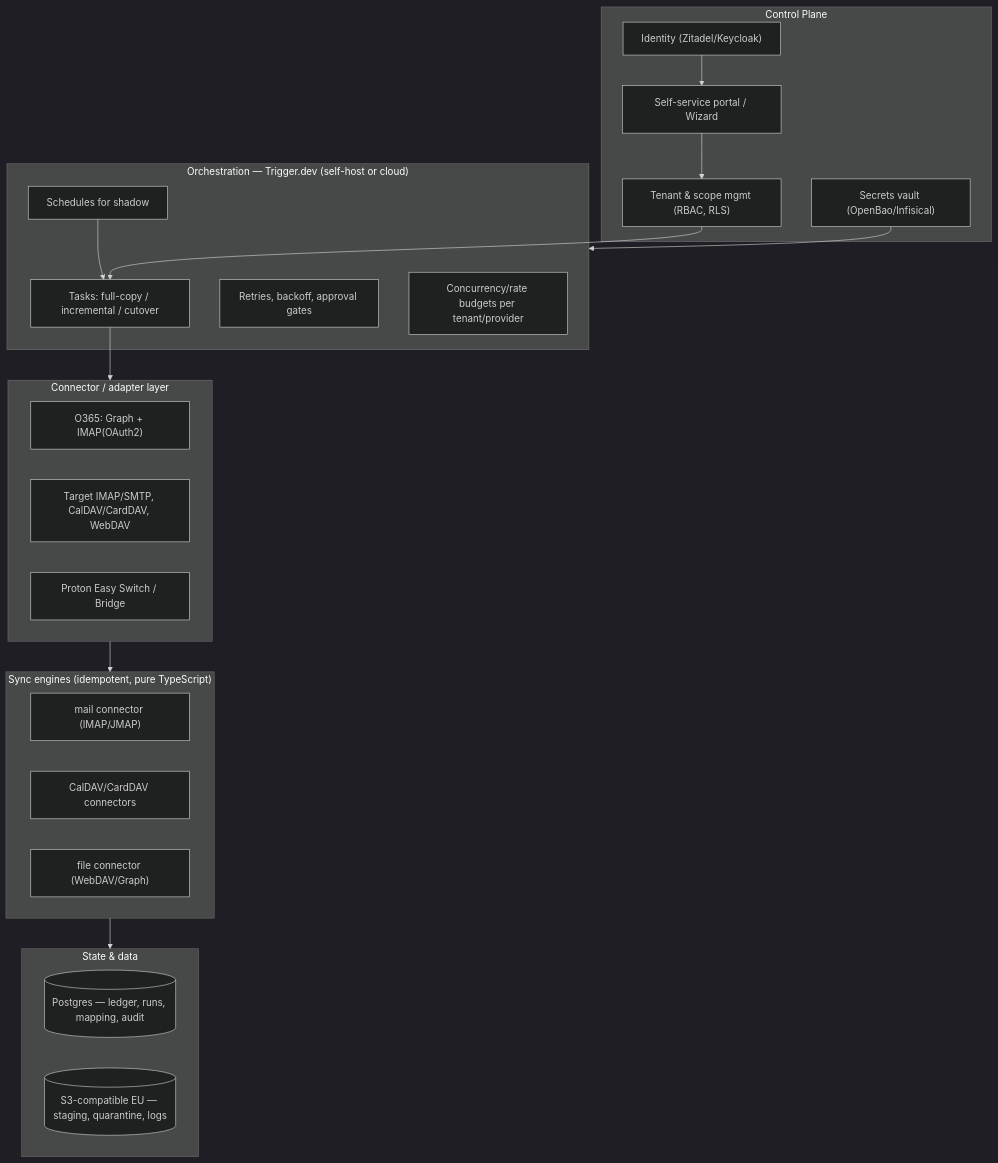
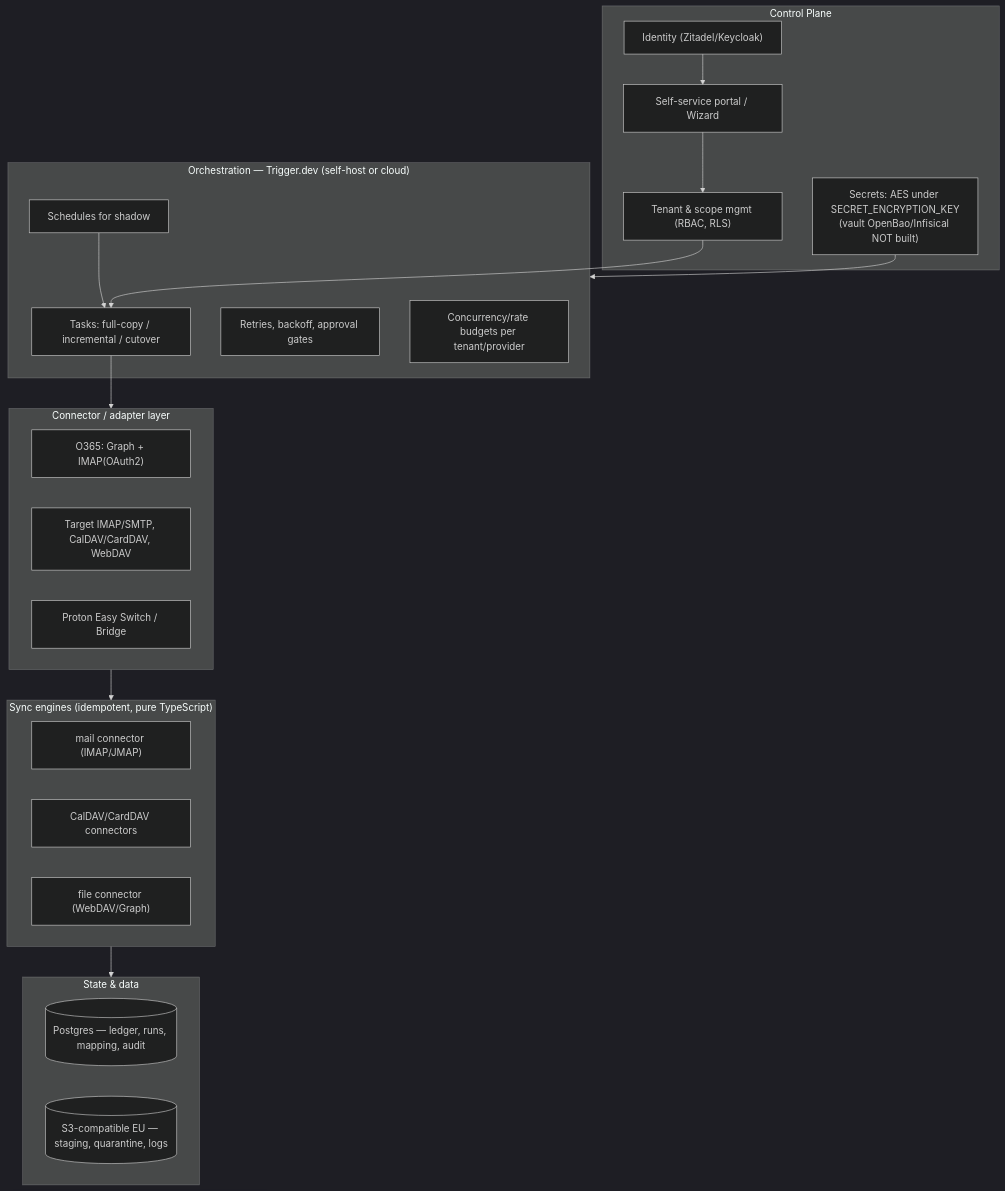
The first of 2 diagrams in docs/architecture/solution-architecture.md (Robbes/Ownpace), drawn with Mermaid (dark theme) before and after one commit. The commit also changed other lines of this file and 4 other files, not shown here.

````diff
--- a/docs/architecture/solution-architecture.md
+++ b/docs/architecture/solution-architecture.md
@@ -113,34 +113,34 @@
 ```mermaid
 flowchart TB
   subgraph CP["Control Plane"]
     PORTAL["Self-service portal / Wizard"]
     IDP["Identity (Zitadel/Keycloak)"]
     TENANT["Tenant & scope mgmt (RBAC, RLS)"]
-    VAULT["Secrets vault (OpenBao/Infisical)"]
+    VAULT["Secrets: AES under SECRET_ENCRYPTION_KEY<br/>(vault OpenBao/Infisical NOT built)"]
   end
   subgraph ORCH["Orchestration — Trigger.dev (self-host or cloud)"]
     FLOWS["Tasks: full-copy / incremental / cutover"]
     SCHED["Schedules for shadow"]
     RETRY["Retries, backoff, approval gates"]
     CONC["Concurrency/rate budgets per tenant/provider"]
   end
   subgraph ADAPT["Connector / adapter layer"]
     GRAPH["O365: Graph + IMAP(OAuth2)"]
     TARGETS["Target IMAP/SMTP, CalDAV/CardDAV, WebDAV"]
     PROTON["Proton Easy Switch / Bridge"]
   end
   subgraph ENGINES["Sync engines (idempotent, pure TypeScript)"]
     MAIL["mail connector (IMAP/JMAP)"]
     DAV["CalDAV/CardDAV connectors"]
     FILES["file connector (WebDAV/Graph)"]
   end
   subgraph STATE["State & data"]
     LEDGER[("Postgres — ledger, runs, mapping, audit")]
     OBJ[("S3-compatible EU — staging, quarantine, logs")]
   end
   PORTAL --> TENANT --> FLOWS
   IDP --> PORTAL
   VAULT --> ORCH
   FLOWS --> ADAPT --> ENGINES --> STATE
   SCHED --> FLOWS
 ```
````
